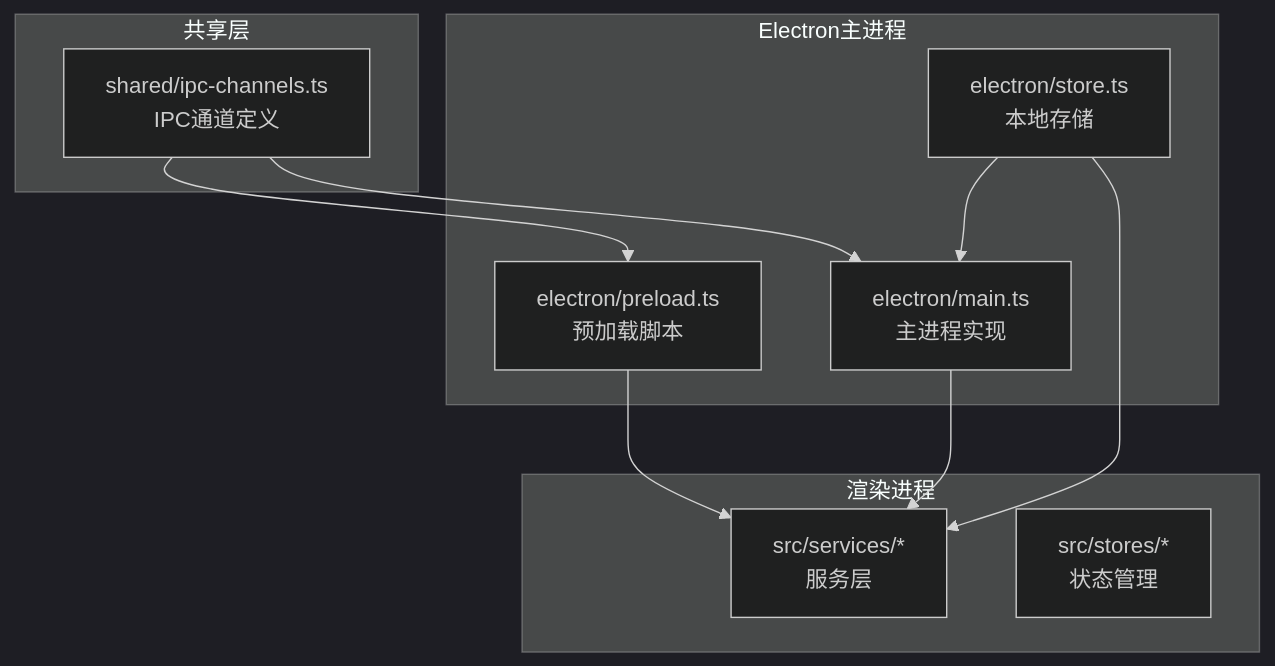
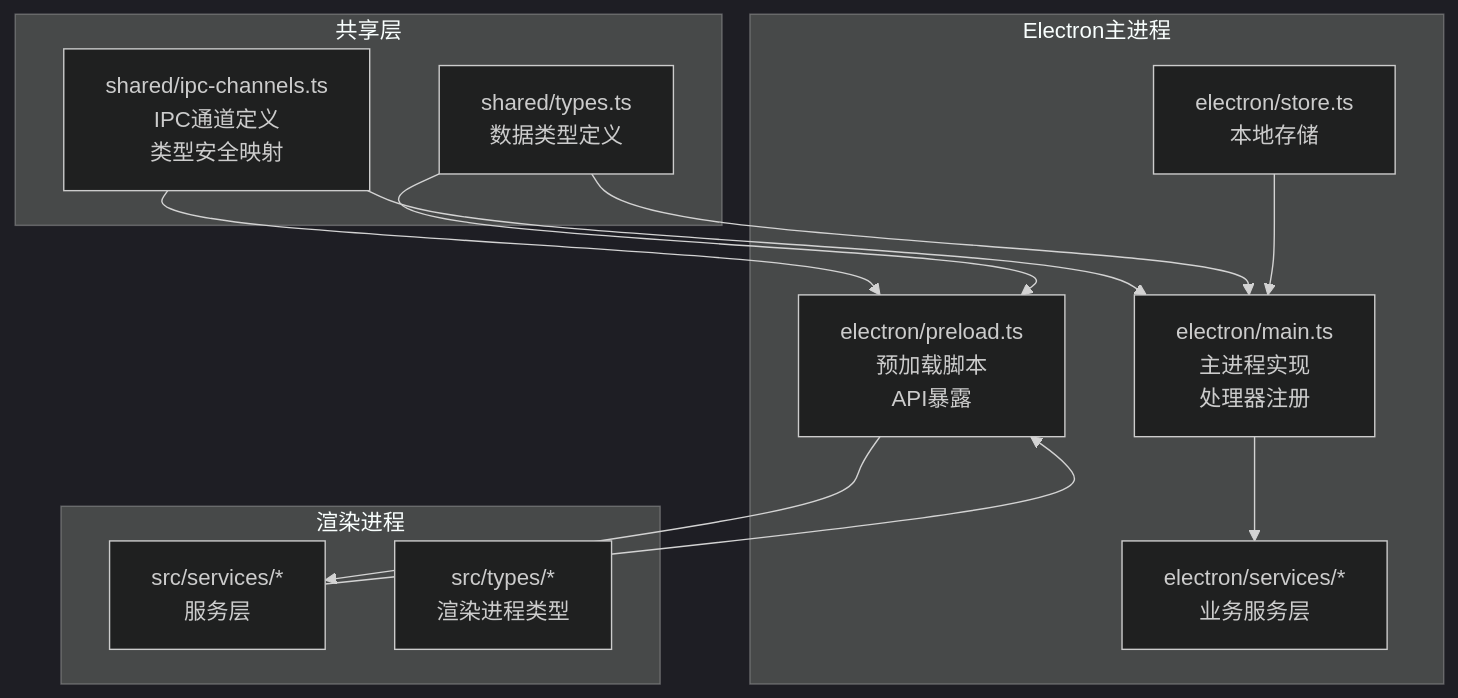
Before and after one commit to Siborne/OJFlow: the first of 7 diagrams in .qoder/repowiki/zh/content/API参考/IPC通信API.md, drawn with Mermaid (dark theme). The commit also changed other lines of this file and 12 other files, not shown here.

````diff
--- a/.qoder/repowiki/zh/content/API参考/IPC通信API.md
+++ b/.qoder/repowiki/zh/content/API参考/IPC通信API.md
@@ -37,21 +47,25 @@
 ```mermaid
 graph TB
 subgraph "共享层"
-IPC["shared/ipc-channels.ts<br/>IPC通道定义"]
+IPC["shared/ipc-channels.ts<br/>IPC通道定义<br/>类型安全映射"]
+TYPES["shared/types.ts<br/>数据类型定义"]
 end
 subgraph "Electron主进程"
-MAIN["electron/main.ts<br/>主进程实现"]
-PRELOAD["electron/preload.ts<br/>预加载脚本"]
+MAIN["electron/main.ts<br/>主进程实现<br/>处理器注册"]
+PRELOAD["electron/preload.ts<br/>预加载脚本<br/>API暴露"]
 STORE["electron/store.ts<br/>本地存储"]
+SERVICES["electron/services/*<br/>业务服务层"]
 end
 subgraph "渲染进程"
-SERVICES["src/services/*<br/>服务层"]
-STORES["src/stores/*<br/>状态管理"]
+RENDERER_SERVICES["src/services/*<br/>服务层"]
+RENDERER_TYPES["src/types/*<br/>渲染进程类型"]
 end
 IPC --> MAIN
 IPC --> PRELOAD
-PRELOAD --> SERVICES
+TYPES --> PRELOAD
+TYPES --> MAIN
+PRELOAD --> RENDERER_SERVICES
 MAIN --> SERVICES
 STORE --> MAIN
-STORE --> SERVICES
+RENDERER_SERVICES --> PRELOAD
 ```
````
